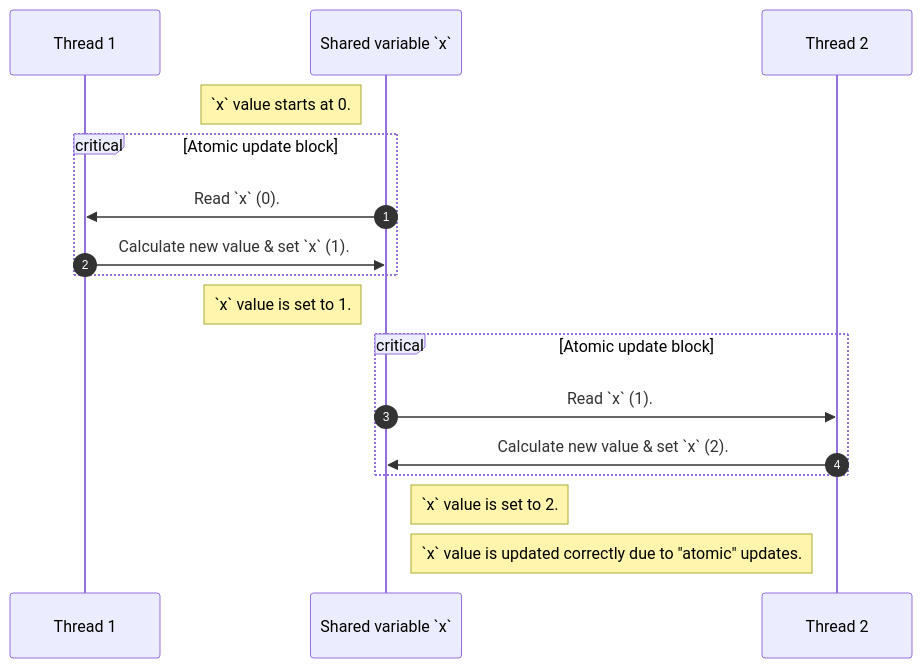
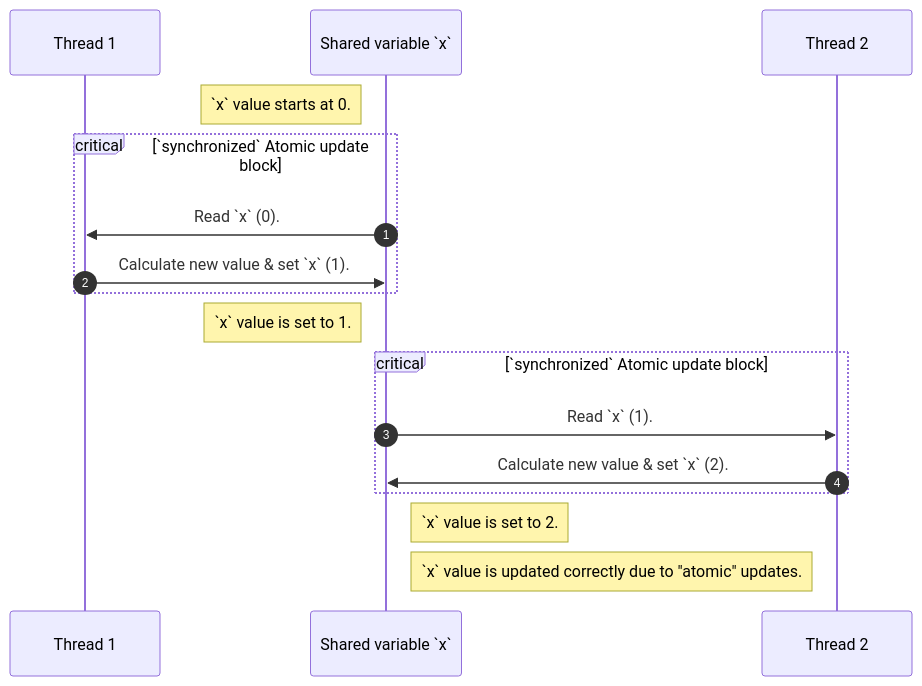
One commit to realityexpander/How_to_program_from_ground_up changed the third of 3 diagrams in 12-ParallelProcessing.md. Above: the diagram before and after it, drawn with Mermaid. The commit also changed other lines of this file and 1 other file, not shown here.

Commit message:
imrpove parallel

````diff
--- a/12-ParallelProcessing.md
+++ b/12-ParallelProcessing.md
@@ -168,20 +168,20 @@
   ```mermaid
     sequenceDiagram
         autonumber
         participant Thread 1
         participant Shared variable `x`
         participant Thread 2
             Note left of Shared variable `x`: `x` value starts at 0.
-        critical Atomic update block 
+        critical `synchronized` Atomic update block 
           Shared variable `x`->>Thread 1: Read `x` (0).
           Thread 1->>Shared variable `x`: Calculate new value & set `x` (1).
         end 
         Note left of Shared variable `x`: `x` value is set to 1.
-        critical Atomic update block 
+        critical `synchronized` Atomic update block 
           Shared variable `x`->>Thread 2: Read `x` (1).
           Thread 2->>Shared variable `x`: Calculate new value & set `x` (2).
         end
         Note right of Shared variable `x`: `x` value is set to 2.
         Note right of Shared variable `x`: `x` value is updated correctly due to "atomic" updates.
   
   ```
````
